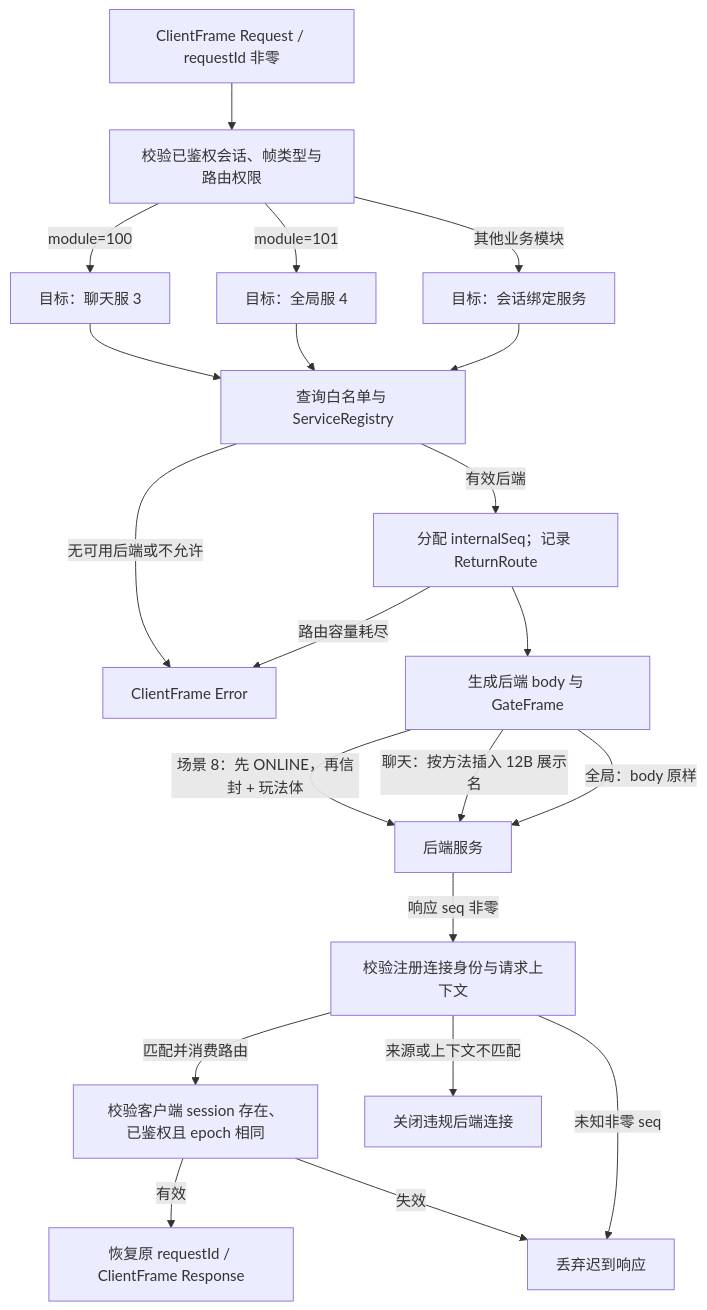
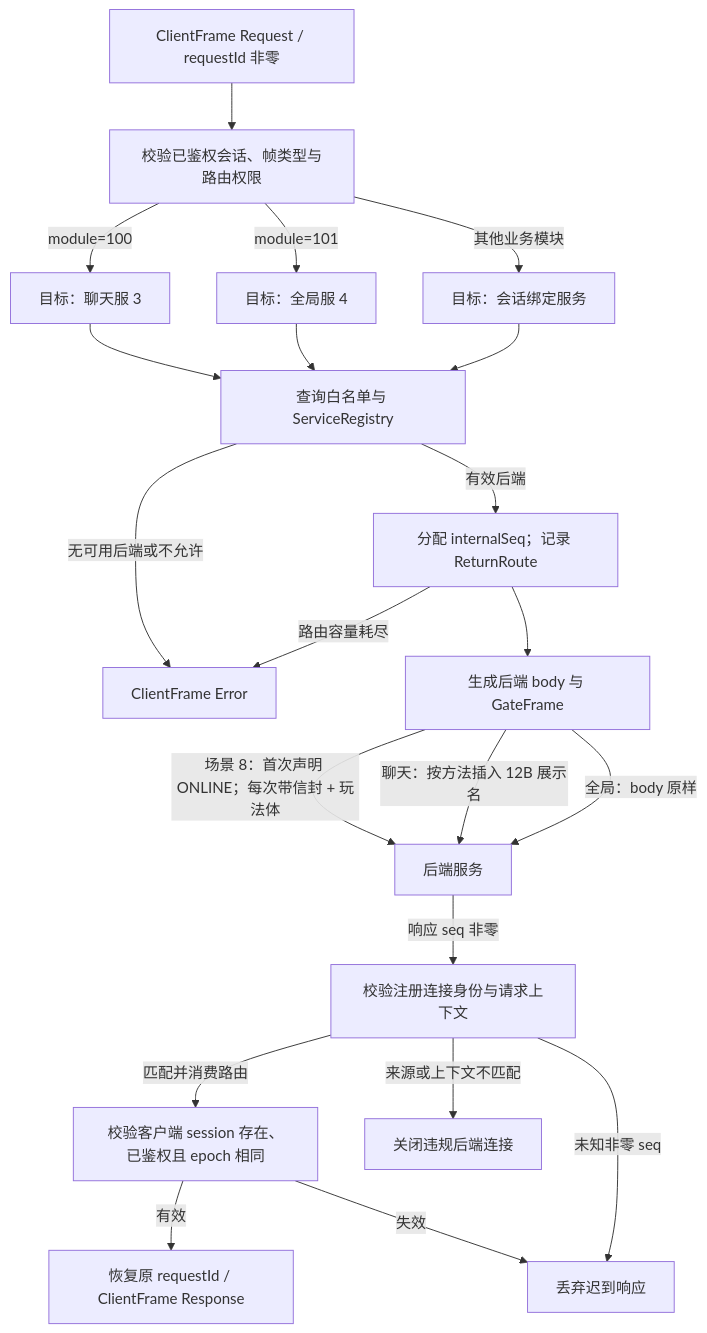
One commit to MuQingCi/MMORPG-GameServer changed the fourth of 6 diagrams in Zone/gatewayServer/README.md. Above: the diagram before and after it, drawn with Mermaid. The commit also changed other lines of this file and 27 other files, not shown here.

````diff
--- a/Zone/gatewayServer/README.md
+++ b/Zone/gatewayServer/README.md
@@ -162,23 +164,23 @@
 ```mermaid
 flowchart TD
     C[ClientFrame Request / requestId 非零] --> V[校验已鉴权会话、帧类型与路由权限]
     V -->|module=100| CH[目标：聊天服 3]
     V -->|module=101| GL[目标：全局服 4]
     V -->|其他业务模块| SC[目标：会话绑定服务]
     CH --> E[查询白名单与 ServiceRegistry]
     GL --> E
     SC --> E
     E -->|无可用后端或不允许| X[ClientFrame Error]
     E -->|有效后端| I[分配 internalSeq；记录 ReturnRoute]
     I -->|路由容量耗尽| X
     I --> F[生成后端 body 与 GateFrame]
-    F -->|场景 8：先 ONLINE，再信封 + 玩法体| B[后端服务]
+    F -->|场景 8：首次声明 ONLINE；每次带信封 + 玩法体| B[后端服务]
     F -->|聊天：按方法插入 12B 展示名| B
     F -->|全局：body 原样| B
     B -->|响应 seq 非零| R[校验注册连接身份与请求上下文]
     R -->|匹配并消费路由| S[校验客户端 session 存在、已鉴权且 epoch 相同]
     S -->|有效| O[恢复原 requestId / ClientFrame Response]
     S -->|失效| D[丢弃迟到响应]
     R -->|未知非零 seq| D
     R -->|来源或上下文不匹配| K[关闭违规后端连接]
 ```
````
